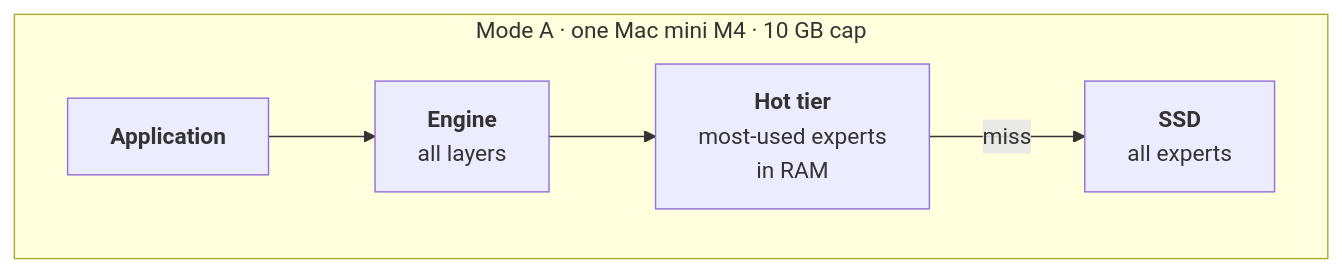
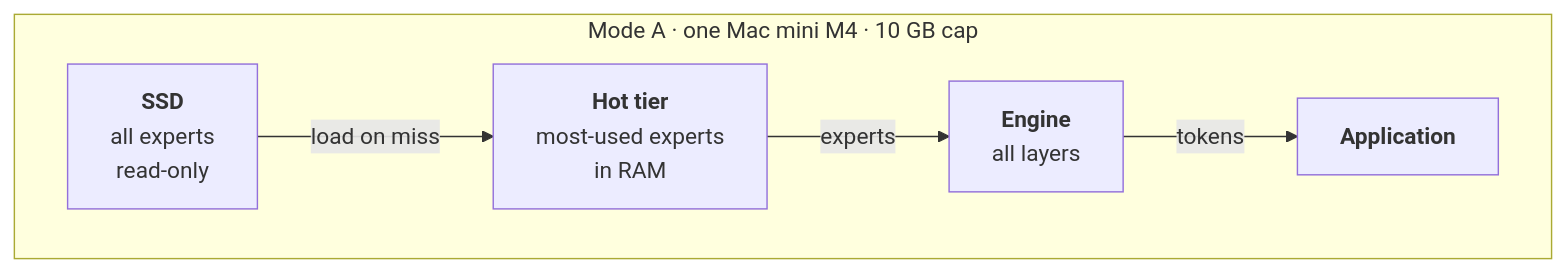
The first of 2 diagrams in README.md (transybao1393/moeflux), drawn with Mermaid before and after one commit. The commit also changed other lines of this file and 1 other file, not shown here.

Commit message:
docs: make diagram arrows show data flow
- README mode A: SSD -> hot tier -> engine -> application (the miss
  arrow pointed toward the SSD, which read as writing to it).
- README mode B: label node-to-node arrows "hidden state".
- Plan per-token path: name the SSD as the source of prefetch and
  miss reads.

````diff
--- a/README.md
+++ b/README.md
@@ -46,9 +46,9 @@
 ```mermaid
 flowchart LR
     subgraph A["Mode A · one Mac mini M4 · 10 GB cap"]
         direction LR
-        APP["<b>Application</b>"] --> ENGINE["<b>Engine</b><br/>all layers"]
-        ENGINE --> HOT["<b>Hot tier</b><br/>most-used experts<br/>in RAM"]
-        HOT -- "miss" --> SSD["<b>SSD</b><br/>all experts"]
+        SSD["<b>SSD</b><br/>all experts<br/>read-only"] -- "load on miss" --> HOT["<b>Hot tier</b><br/>most-used experts<br/>in RAM"]
+        HOT -- "experts" --> ENGINE["<b>Engine</b><br/>all layers"]
+        ENGINE -- "tokens" --> APP["<b>Application</b>"]
     end
 ```
````
